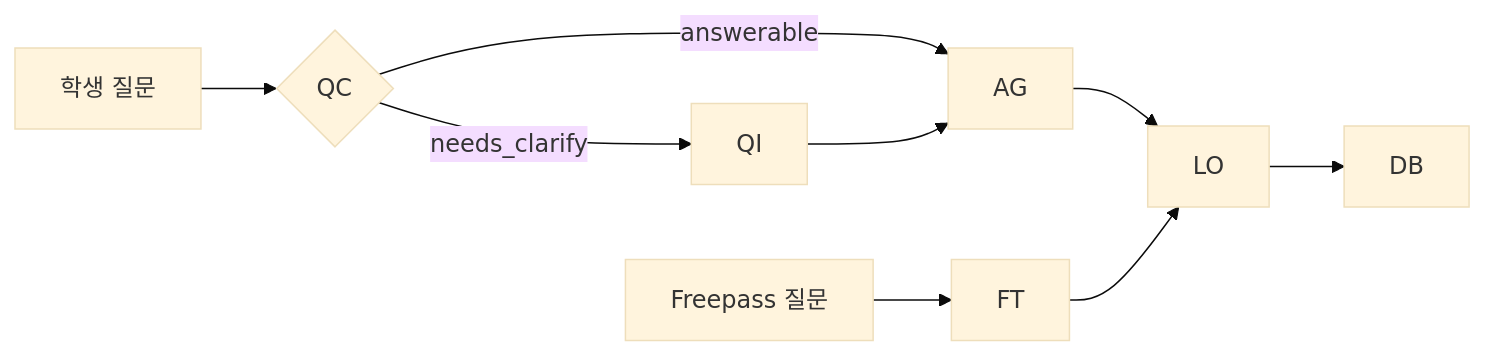
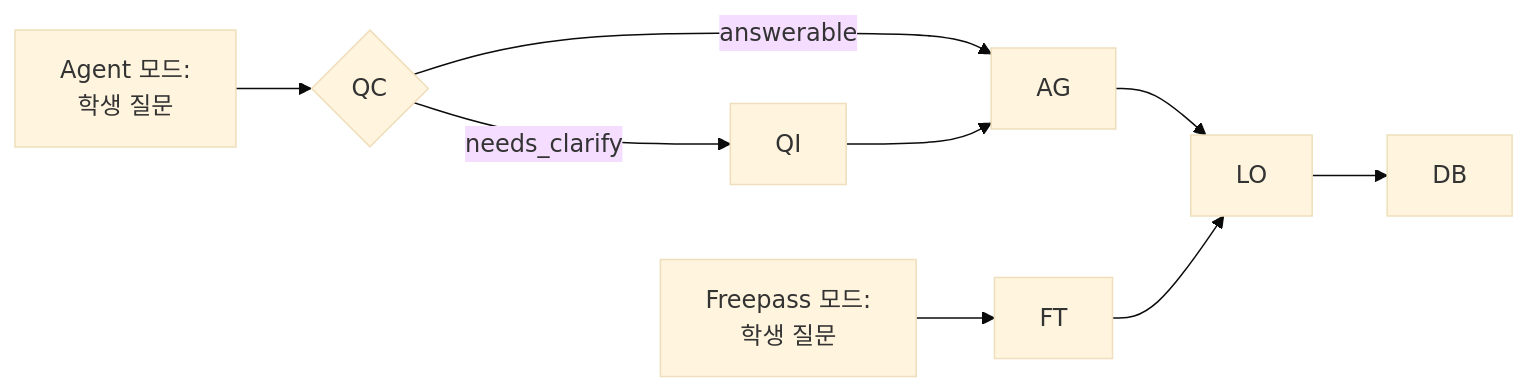
The diagram in docs/chapters/02-theoretical-background.md (KimKyuBong/maice-paper-deploy), drawn with Mermaid (base theme) before and after one commit.

Commit message:
2.5절 협업 흐름 다이어그램 명확화
Agent 모드와 Freepass 모드 대조 명확히:
- Before: [학생 질문] vs [Freepass 질문]
- After: [Agent 모드: 학생 질문] vs [Freepass 모드: 학생 질문]

두 모드가 동일하게 학생 질문으로 시작하지만,
처리 방식이 다름을 명확히 표현

````diff
--- a/docs/chapters/02-theoretical-background.md
+++ b/docs/chapters/02-theoretical-background.md
@@ -629,12 +629,12 @@
 ```mermaid
 flowchart LR
-    A[학생 질문] --> B{QC}
+    A[Agent 모드:<br/>학생 질문] --> B{QC}
     B -->|answerable| D[AG]
     B -->|needs_clarify| C[QI]
     C --> D
     D --> E[LO]
     E --> F[DB]
     
-    G[Freepass 질문] --> H[FT]
+    G[Freepass 모드:<br/>학생 질문] --> H[FT]
     H --> E
 ```
````
